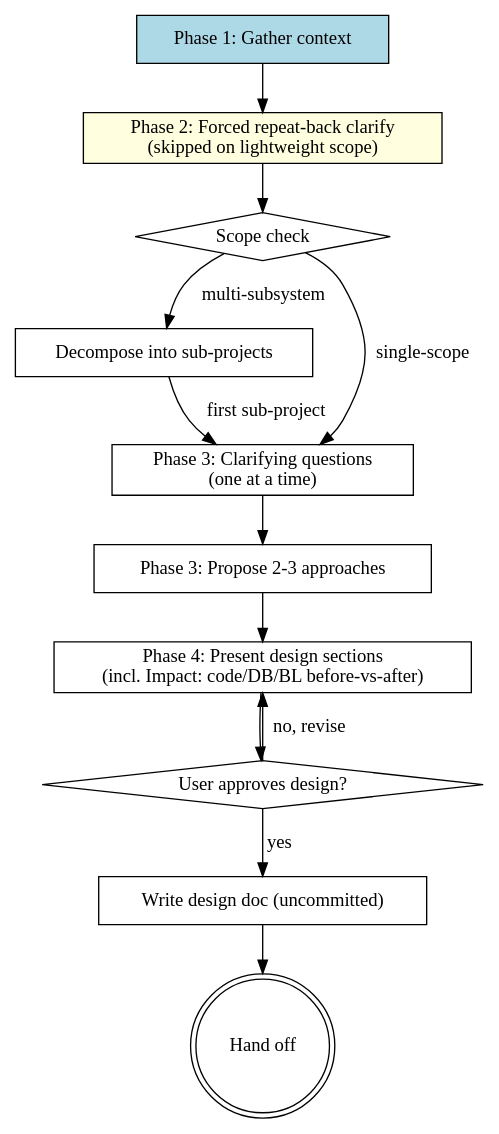
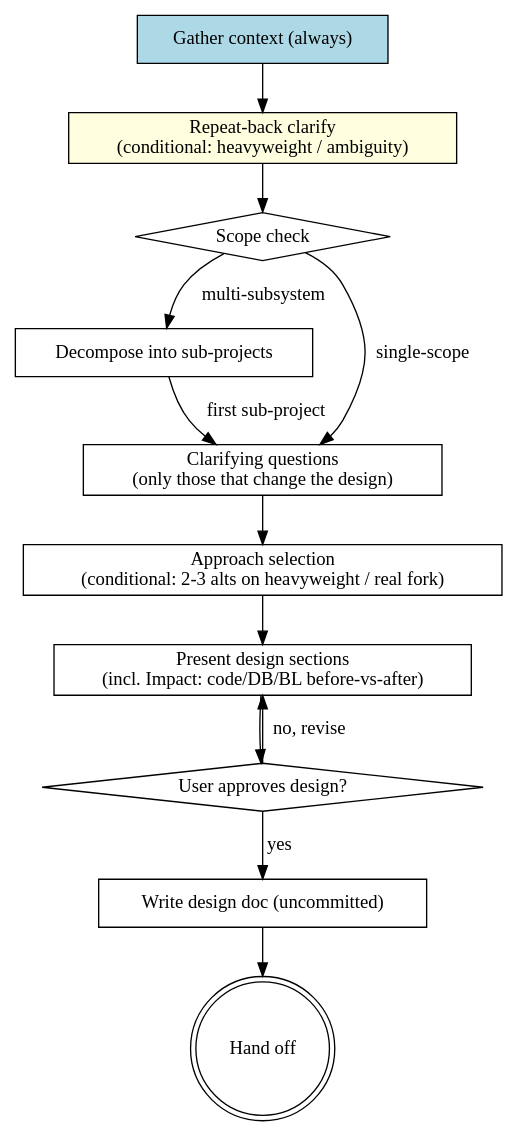
The diagram in skills/design-refinement/SKILL.md (pandaworks-software-plt/pandahrms-skills), drawn with Graphviz before and after one commit. The commit also changed other lines of this file and 4 other files, not shown here.

First line of the commit message:
refactor(skills): conditional design phases, optional spec-review, spec-path fixes

````diff
--- a/skills/design-refinement/SKILL.md
+++ b/skills/design-refinement/SKILL.md
@@ -101,26 +104,26 @@
 ```dot
 digraph design {
-    "Phase 1: Gather context" [shape=box, style=filled, fillcolor=lightblue];
-    "Phase 2: Forced repeat-back clarify\n(skipped on lightweight scope)" [shape=box, style=filled, fillcolor=lightyellow];
+    "Gather context (always)" [shape=box, style=filled, fillcolor=lightblue];
+    "Repeat-back clarify\n(conditional: heavyweight / ambiguity)" [shape=box, style=filled, fillcolor=lightyellow];
     "Scope check" [shape=diamond];
     "Decompose into sub-projects" [shape=box];
-    "Phase 3: Clarifying questions\n(one at a time)" [shape=box];
-    "Phase 3: Propose 2-3 approaches" [shape=box];
-    "Phase 4: Present design sections\n(incl. Impact: code/DB/BL before-vs-after)" [shape=box];
+    "Clarifying questions\n(only those that change the design)" [shape=box];
+    "Approach selection\n(conditional: 2-3 alts on heavyweight / real fork)" [shape=box];
+    "Present design sections\n(incl. Impact: code/DB/BL before-vs-after)" [shape=box];
     "User approves design?" [shape=diamond];
     "Write design doc (uncommitted)" [shape=box];
     "Hand off" [shape=doublecircle];
 
-    "Phase 1: Gather context" -> "Phase 2: Forced repeat-back clarify\n(skipped on lightweight scope)";
-    "Phase 2: Forced repeat-back clarify\n(skipped on lightweight scope)" -> "Scope check";
+    "Gather context (always)" -> "Repeat-back clarify\n(conditional: heavyweight / ambiguity)";
+    "Repeat-back clarify\n(conditional: heavyweight / ambiguity)" -> "Scope check";
     "Scope check" -> "Decompose into sub-projects" [label="multi-subsystem"];
-    "Decompose into sub-projects" -> "Phase 3: Clarifying questions\n(one at a time)" [label="first sub-project"];
-    "Scope check" -> "Phase 3: Clarifying questions\n(one at a time)" [label="single-scope"];
-    "Phase 3: Clarifying questions\n(one at a time)" -> "Phase 3: Propose 2-3 approaches";
-    "Phase 3: Propose 2-3 approaches" -> "Phase 4: Present design sections\n(incl. Impact: code/DB/BL before-vs-after)";
-    "Phase 4: Present design sections\n(incl. Impact: code/DB/BL before-vs-after)" -> "User approves design?";
-    "User approves design?" -> "Phase 4: Present design sections\n(incl. Impact: code/DB/BL before-vs-after)" [label="no, revise"];
+    "Decompose into sub-projects" -> "Clarifying questions\n(only those that change the design)" [label="first sub-project"];
+    "Scope check" -> "Clarifying questions\n(only those that change the design)" [label="single-scope"];
+    "Clarifying questions\n(only those that change the design)" -> "Approach selection\n(conditional: 2-3 alts on heavyweight / real fork)";
+    "Approach selection\n(conditional: 2-3 alts on heavyweight / real fork)" -> "Present design sections\n(incl. Impact: code/DB/BL before-vs-after)";
+    "Present design sections\n(incl. Impact: code/DB/BL before-vs-after)" -> "User approves design?";
+    "User approves design?" -> "Present design sections\n(incl. Impact: code/DB/BL before-vs-after)" [label="no, revise"];
     "User approves design?" -> "Write design doc (uncommitted)" [label="yes"];
     "Write design doc (uncommitted)" -> "Hand off";
 }
 ```
````
